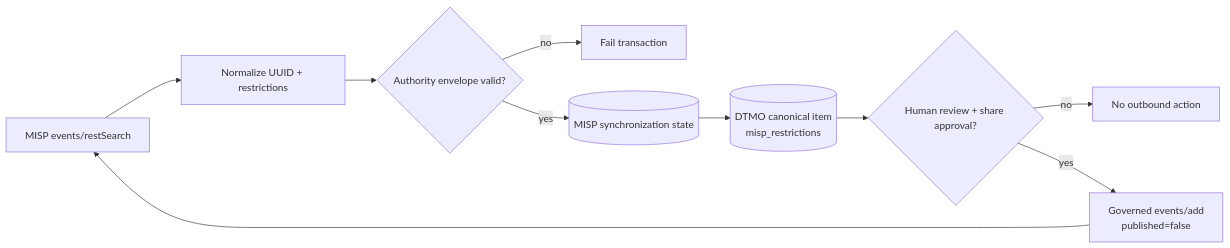
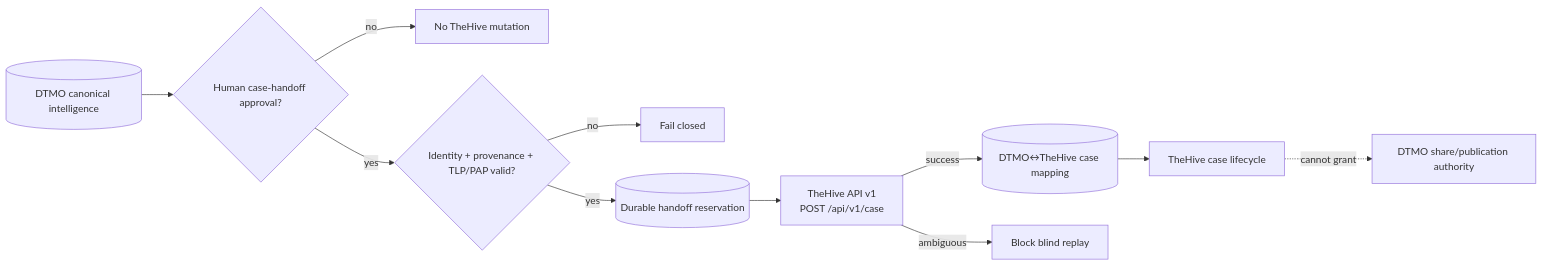
The diagram in docs/roadmap/PRODUCTION_ROADMAP.md (GJvManen/dtmo), drawn with Mermaid before and after one commit. The commit also changed other lines of this file, not shown here.

Commit message:
Advance production roadmap to Phase 11.6

````diff
--- a/docs/roadmap/PRODUCTION_ROADMAP.md
+++ b/docs/roadmap/PRODUCTION_ROADMAP.md
@@ -69,12 +61,13 @@
 ```mermaid
 flowchart LR
-    M[MISP events/restSearch] --> N[Normalize UUID + restrictions]
-    N --> V{Authority envelope valid?}
-    V -->|no| X[Fail transaction]
-    V -->|yes| S[(MISP synchronization state)]
-    S --> D[(DTMO canonical item\nmisp_restrictions)]
-    D --> H{Human review + share approval?}
-    H -->|no| Z[No outbound action]
-    H -->|yes| E[Governed events/add\npublished=false]
-    E --> M
+    D[(DTMO canonical intelligence)] --> A{Human case-handoff approval?}
+    A -->|no| N[No TheHive mutation]
+    A -->|yes| V{Identity + provenance + TLP/PAP valid?}
+    V -->|no| X[Fail closed]
+    V -->|yes| R[(Durable handoff reservation)]
+    R --> T[TheHive API v1\nPOST /api/v1/case]
+    T -->|success| M[(DTMO↔TheHive case mapping)]
+    T -->|ambiguous| U[Block blind replay]
+    M --> H[TheHive case lifecycle]
+    H -. cannot grant .-> S[DTMO share/publication authority]
 ```
````
